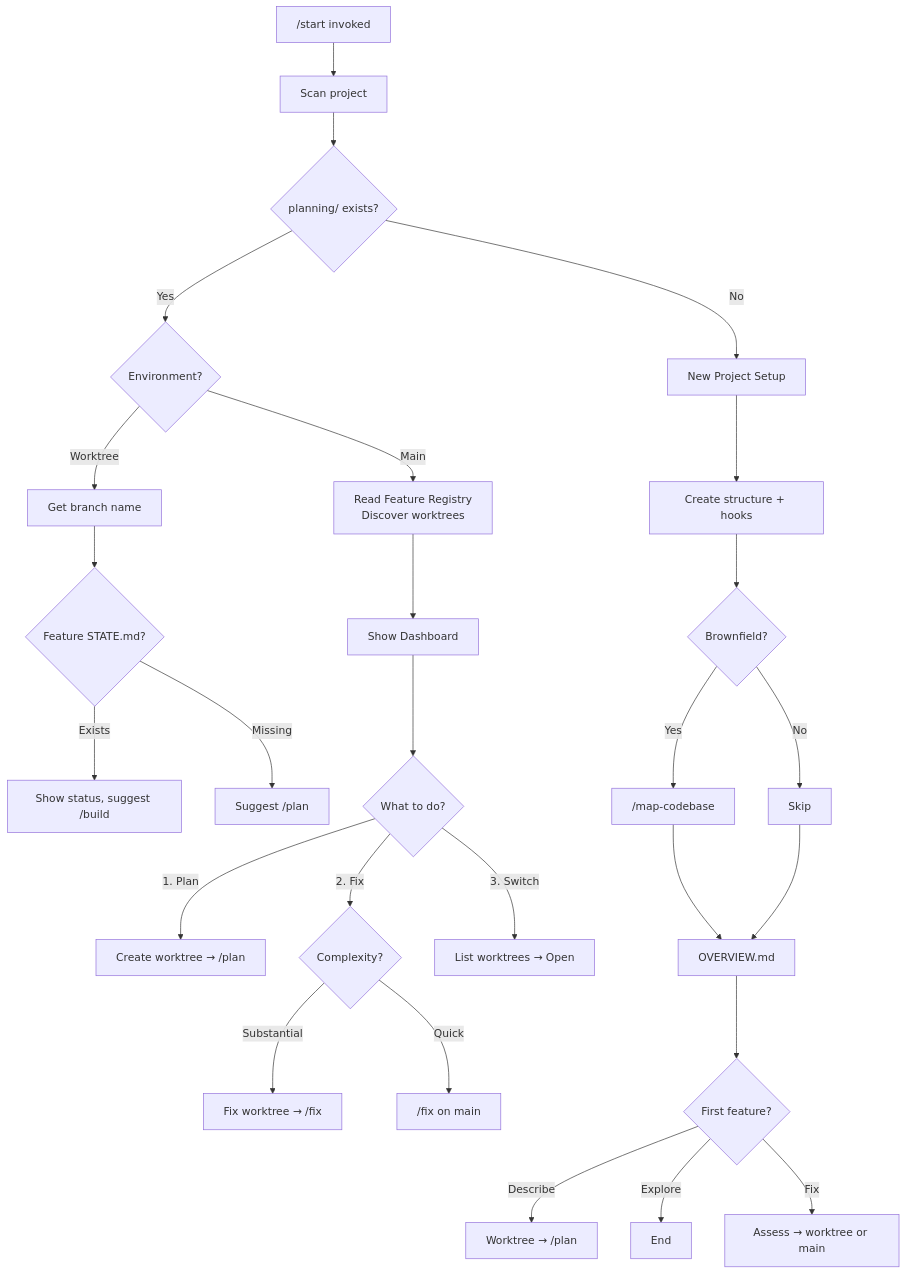
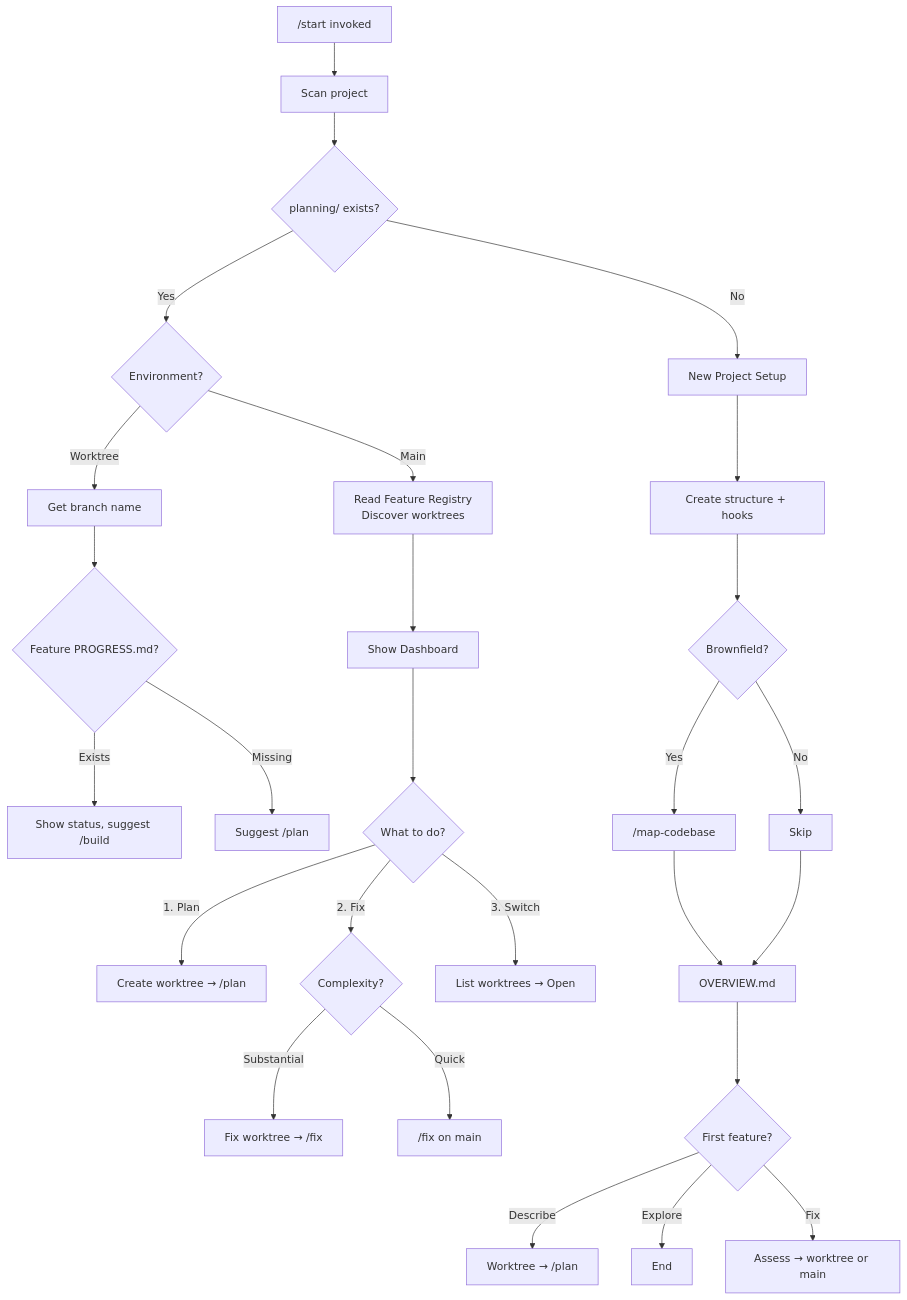
One commit to royhenengel/claude-customizations changed the first of 4 diagrams in skills/Planning/my-workflow/docs/workflow-scenario-maps.md. Above: the diagram before and after it, drawn with Mermaid. The commit also changed other lines of this file and 16 other files, not shown here.

First line of the commit message:
Rename feature STATE.md to PROGRESS.md (#10)

````diff
--- a/skills/Planning/my-workflow/docs/workflow-scenario-maps.md
+++ b/skills/Planning/my-workflow/docs/workflow-scenario-maps.md
@@ -45,36 +45,36 @@
 ```mermaid
 flowchart TD
     START["/start invoked"] --> SCAN["Scan project"]
     SCAN --> EXISTS{"planning/ exists?"}
 
     EXISTS -->|"No"| NEW["New Project Setup"]
     EXISTS -->|"Yes"| ENV{"Environment?"}
 
     ENV -->|"Worktree"| WT_BRANCH["Get branch name"]
     ENV -->|"Main"| MAIN_READ["Read Feature Registry\nDiscover worktrees"]
 
-    WT_BRANCH --> WT_STATE{"Feature STATE.md?"}
+    WT_BRANCH --> WT_STATE{"Feature PROGRESS.md?"}
     WT_STATE -->|"Exists"| WT_RESUME["Show status, suggest /build"]
     WT_STATE -->|"Missing"| WT_NEW["Suggest /plan"]
 
     MAIN_READ --> MAIN_DASH["Show Dashboard"]
     MAIN_DASH --> MAIN_CHOICE{"What to do?"}
 
     MAIN_CHOICE -->|"1. Plan"| PLAN_WT["Create worktree → /plan"]
     MAIN_CHOICE -->|"2. Fix"| FIX_ASSESS{"Complexity?"}
     MAIN_CHOICE -->|"3. Switch"| SWITCH["List worktrees → Open"]
 
     FIX_ASSESS -->|"Substantial"| FIX_WT["Fix worktree → /fix"]
     FIX_ASSESS -->|"Quick"| FIX_MAIN["/fix on main"]
 
     NEW --> DIRS["Create structure + hooks"]
     DIRS --> BROWN{"Brownfield?"}
     BROWN -->|"Yes"| CODEBASE["/map-codebase"]
     BROWN -->|"No"| SKIP["Skip"]
     CODEBASE --> OVERVIEW["OVERVIEW.md"]
     SKIP --> OVERVIEW
     OVERVIEW --> FIRST{"First feature?"}
     FIRST -->|"Describe"| FIRST_WT["Worktree → /plan"]
     FIRST -->|"Explore"| END["End"]
     FIRST -->|"Fix"| FIRST_FIX["Assess → worktree or main"]
 ```
````
